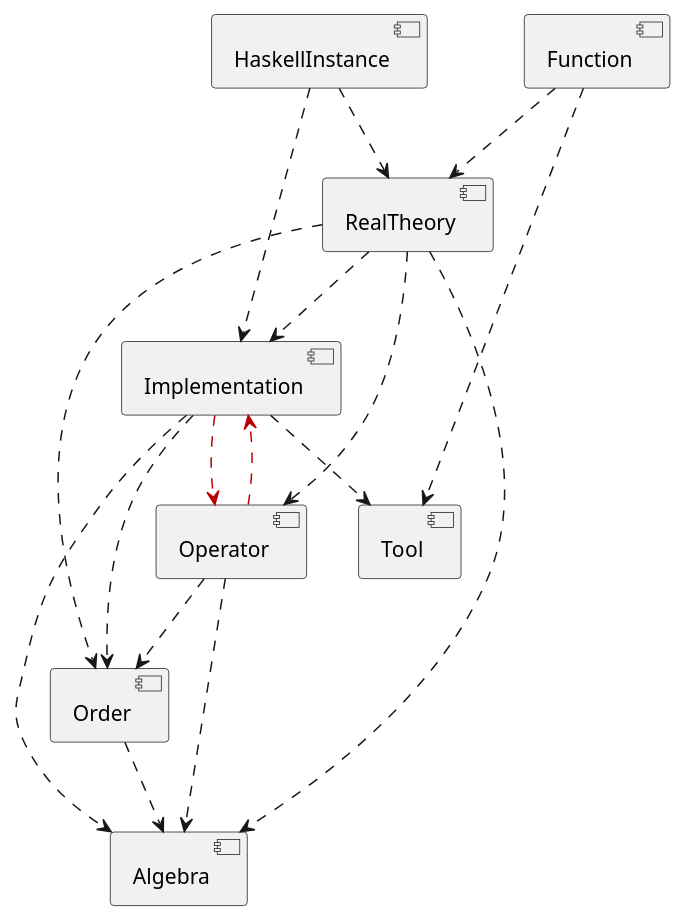
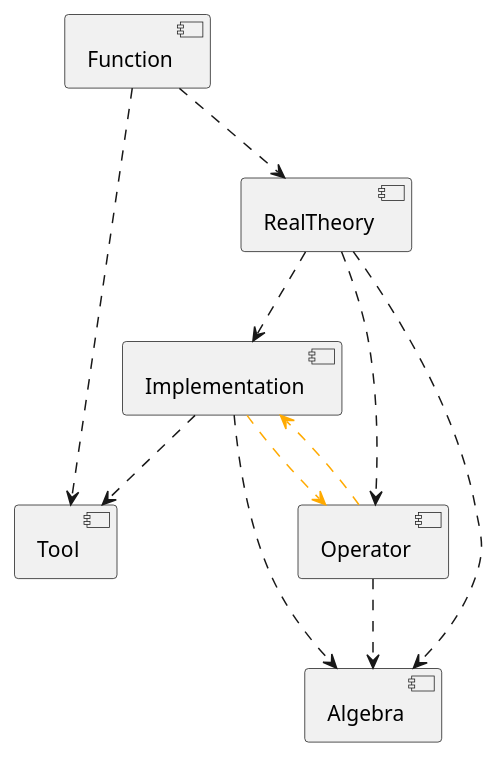
One commit to viktorcsimma/KSReals changed the diagram in docs/packages.puml. Above: the diagram before and after it, drawn with PlantUML.

Commit message:
Updating package diagram

```diff
--- a/docs/packages.puml
+++ b/docs/packages.puml
@@ -1,37 +1,27 @@
-@startuml structure
+@startuml packages
 
 component Tool
 
 component Algebra
 
-component Order
-Order ..> Algebra
-
 component Operator
 Operator ..> Algebra
-Operator ..> Order
 
 component Implementation
 Implementation ..> Algebra
-Implementation ..> Order
-Implementation ..> Operator #bb0000
+Implementation ..> Operator #ffaa00
 ' see Shift
-Operator ..> Implementation #bb0000
+Operator ..> Implementation #ffaa00
 ' see PosRational
 Implementation ..> Tool
 
 component RealTheory
 RealTheory ..> Algebra
-RealTheory ..> Order
 RealTheory ..> Operator
 RealTheory ..> Implementation
 
 component Function
 Function ..> RealTheory
 Function ..> Tool
 
-component HaskellInstance
-HaskellInstance ..> Implementation
-HaskellInstance ..> RealTheory
-
 @enduml
```
